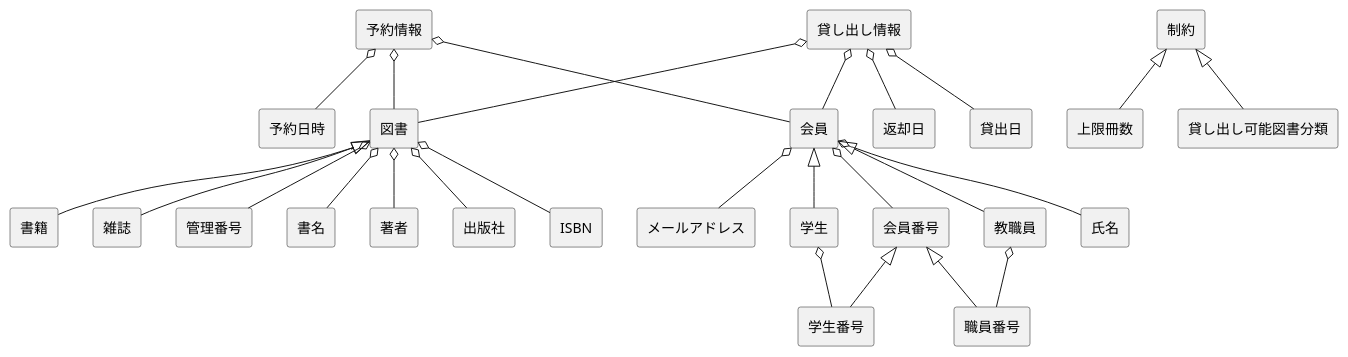
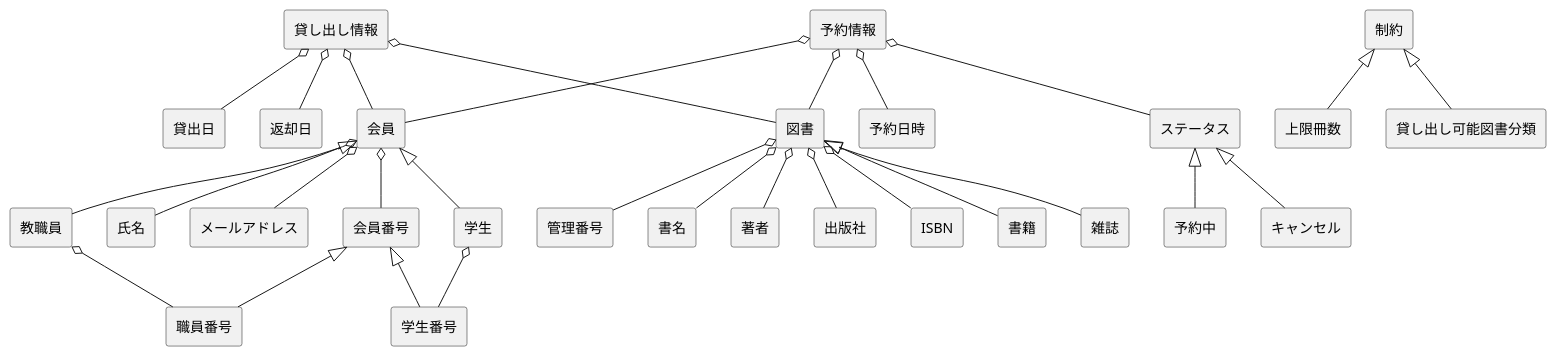
The diagram in kouka2/domain.pu (FujikawaHirono0520/group3_1_dogdog), drawn with PlantUML before and after one commit.

Commit message:
【追記】予約のステータス

```diff
--- a/kouka2/domain.pu
+++ b/kouka2/domain.pu
@@ -1,36 +1,40 @@
 @startuml 大原情報科学大学・図書館システムドメインモデル図
 skinparam componentStyle rectangle
 
 [予約情報] o-- [会員]
 [予約情報] o-- [図書]
 [予約情報] o-- [予約日時]
+[予約情報] o-- [ステータス]
+
+[ステータス] <|-- [予約中]
+[ステータス] <|-- [キャンセル]
 
 [貸し出し情報] o-- [会員]
 [貸し出し情報] o-- [図書]
 [貸し出し情報] o-- [貸出日]
 [貸し出し情報] o-- [返却日]
 
 [会員] o-- [会員番号]
 [会員] o-- [氏名]
 [会員] o-- [メールアドレス]
 [会員] <|-- [学生]
 [会員] <|-- [教職員]
 
 [学生] o-- [学生番号]
 [教職員] o-- [職員番号]
 
 [会員番号] <|-- [学生番号]
 [会員番号] <|-- [職員番号]
 
 [図書] o-- [管理番号]
 [図書] o-- [書名]
 [図書] o-- [著者]
 [図書] o-- [出版社]
 [図書] o-- [ISBN]
 [図書] <|-- [書籍]
 [図書] <|-- [雑誌]
 
 [制約] <|-- [上限冊数]
 [制約] <|-- [貸し出し可能図書分類]
 
 @enduml
```
